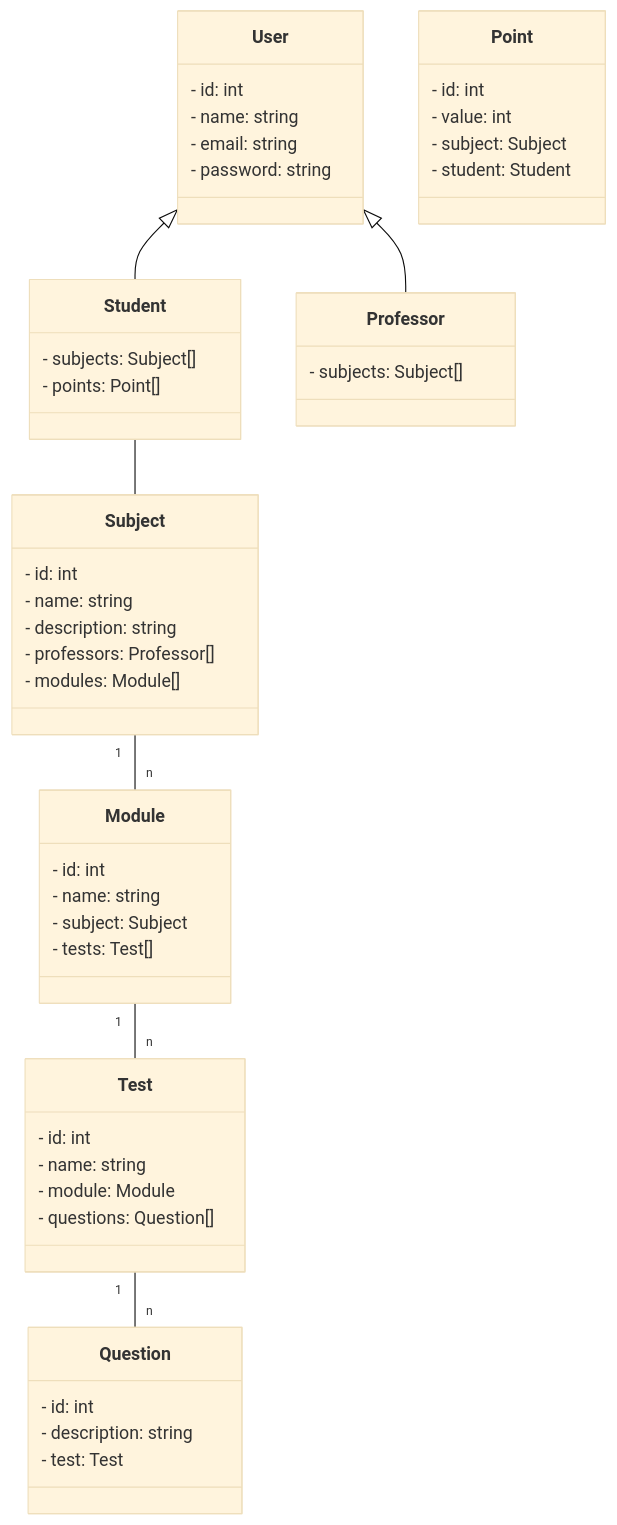
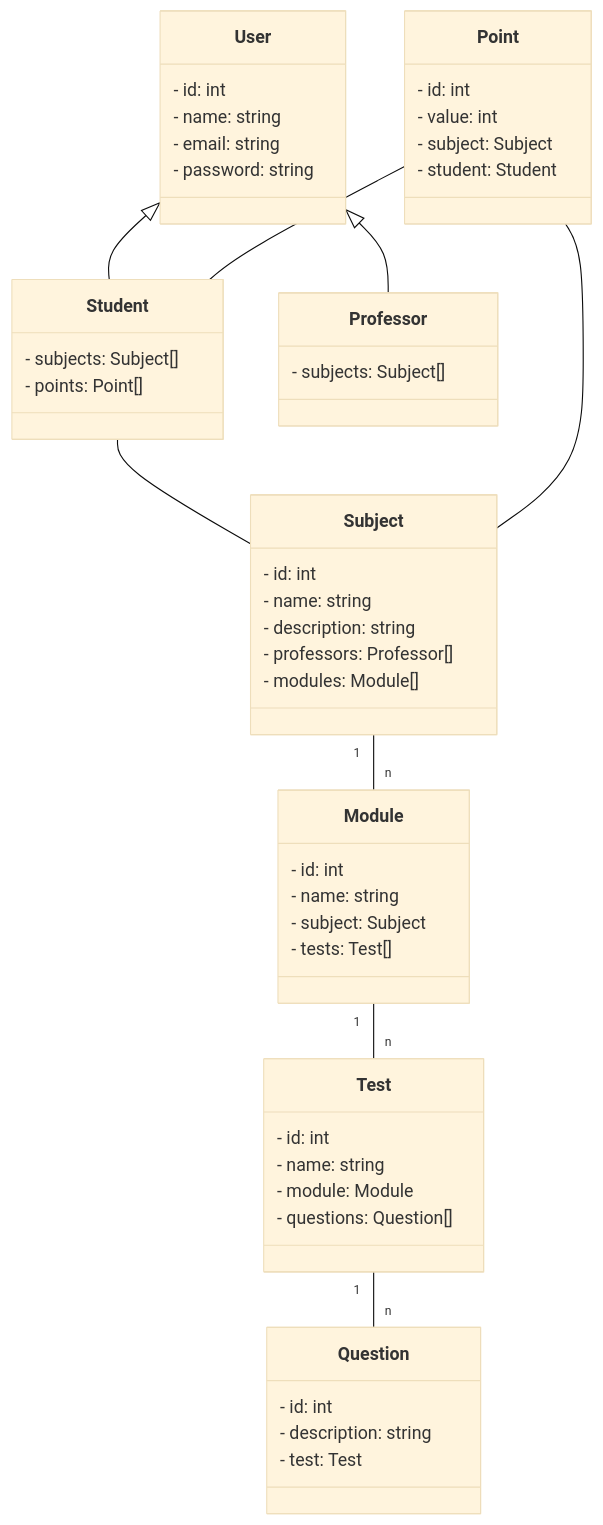
One commit to falves97/ensino-gameficado changed the diagram in docs/modeling/uml.md. Above: the diagram before and after it, drawn with Mermaid (base theme).

Commit message:
docs: add relação entre pontos, alunos e disciplinas

````diff
--- a/docs/modeling/uml.md
+++ b/docs/modeling/uml.md
@@ -5,53 +5,55 @@
 ```mermaid
 classDiagram
     class User {
         - id: int
         - name: string
         - email: string
         - password: string
     }
     class Student {
         - subjects: Subject[]
         - points: Point[]
     }
     class Professor {
         - subjects: Subject[]
     }
     class Subject {
         - id: int
         - name: string
         - description: string
         - professors: Professor[]
         - modules: Module[]
     }
     class Point {
         - id: int
         - value: int
         - subject: Subject
         - student: Student
     }
     class Module {
         - id: int
         - name: string
         - subject: Subject
         - tests: Test[]
     }
     class Test {
         - id: int
         - name: string
         - module: Module
         - questions: Question[]
     }
     class Question {
         - id: int
         - description: string
         - test: Test
     }
 
     User <|-- Student
     User <|-- Professor
     Student -- Subject
     Subject "1" -- "n" Module
     Module "1" -- "n" Test
     Test "1" -- "n" Question
+    Point -- Student
+    Point -- Subject
 ```
````
